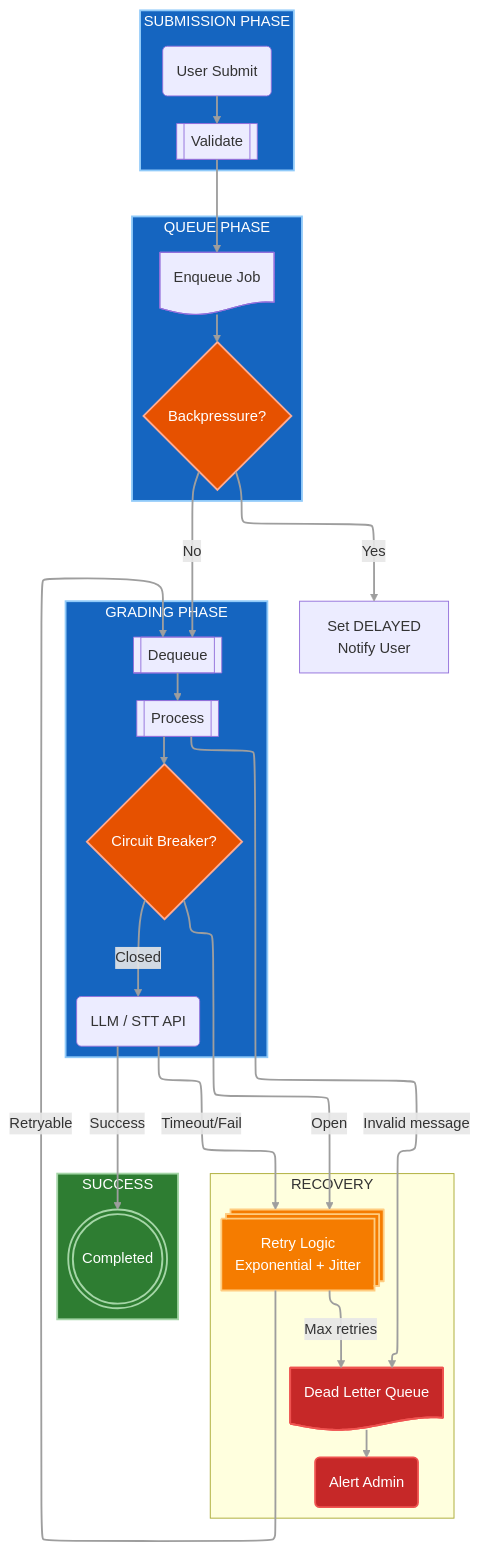
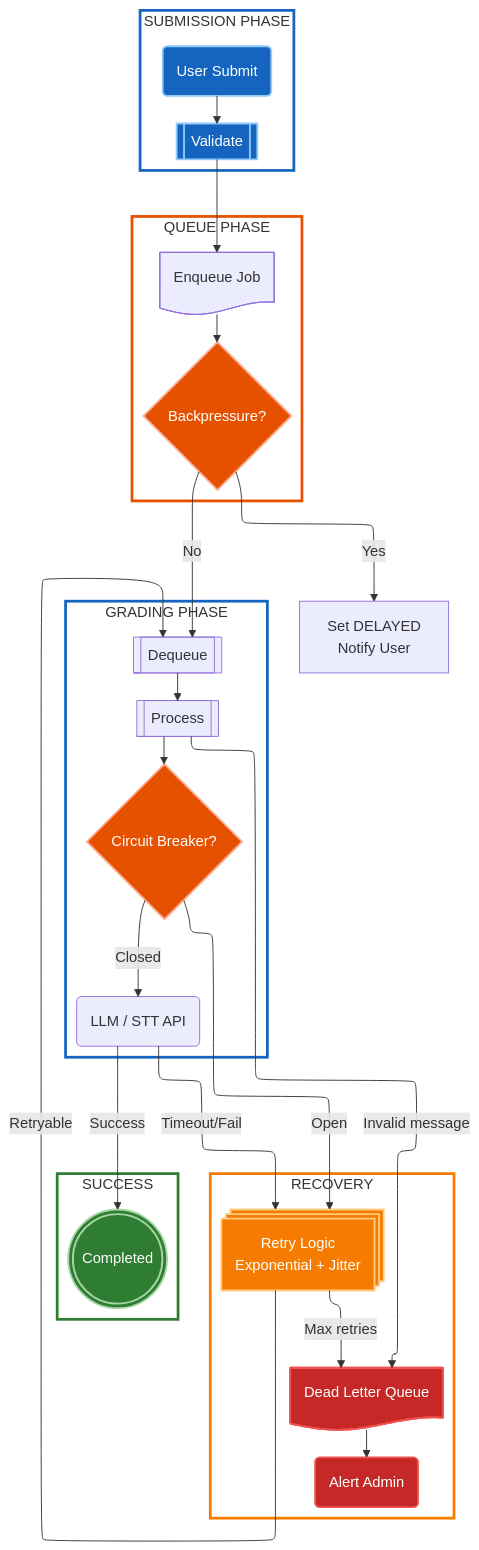
One commit to nghyane/VSTEP changed the third of 12 diagrams in docs/capstone/diagrams/flow-diagrams.vi.md. Above: the diagram before and after it, drawn with Mermaid. The commit also changed other lines of this file, not shown here.

First line of the commit message:
fix(docs): remove unsupported linkStyle syntax causing parse errors

````diff
--- a/docs/capstone/diagrams/flow-diagrams.vi.md
+++ b/docs/capstone/diagrams/flow-diagrams.vi.md
@@ -144,63 +162,74 @@
 ```mermaid
 ---
 config:
   layout: elk
 ---
 flowchart TB
     subgraph Submission["SUBMISSION PHASE"]
         Submit@{ shape: rounded, label: "User Submit" }
         Validate@{ shape: fr-rect, label: "Validate" }
     end
 
     subgraph QueuePhase["QUEUE PHASE"]
         Enqueue@{ shape: doc, label: "Enqueue Job" }
         Backpressure@{ shape: diam, label: "Backpressure?" }
     end
 
     subgraph Processing["GRADING PHASE"]
         Dequeue@{ shape: fr-rect, label: "Dequeue" }
         Process@{ shape: fr-rect, label: "Process" }
         Circuit@{ shape: diam, label: "Circuit Breaker?" }
         External@{ shape: rounded, label: "LLM / STT API" }
     end
 
     subgraph Recovery["RECOVERY"]
         Retry@{ shape: st-rect, label: "Retry Logic<br/>Exponential + Jitter" }
         DLQ@{ shape: doc, label: "Dead Letter Queue" }
         Alert@{ shape: rounded, label: "Alert Admin" }
     end
 
     subgraph Success["SUCCESS"]
         Complete@{ shape: dbl-circ, label: "Completed" }
     end
 
     Submit --> Validate --> Enqueue --> Backpressure
     Backpressure -->|"No"| Dequeue
     Backpressure -->|"Yes"| Delayed["Set DELAYED<br/>Notify User"]
     
     Dequeue --> Process --> Circuit
     Circuit -->|"Closed"| External
     Circuit -->|"Open"| Retry
     
     External -->|"Success"| Complete
     External -->|"Timeout/Fail"| Retry
     
     Retry -->|"Retryable"| Dequeue
     Retry -->|"Max retries"| DLQ --> Alert
     
     Process -->|"Invalid message"| DLQ
 
     classDef normal fill:#1565c0,stroke:#90caf9,stroke-width:2px,color:#fff
     classDef decision fill:#e65100,stroke:#ffab91,stroke-width:2px,color:#fff
     classDef warning fill:#f57c00,stroke:#ffcc80,stroke-width:2px,color:#fff
     classDef error fill:#c62828,stroke:#ef5350,stroke-width:2px,color:#fff
     classDef success fill:#2e7d32,stroke:#a5d6a7,stroke-width:2px,color:#fff
 
-    class Submission,QueuePhase,Processing normal
+    classDef normalBox fill:none,stroke:#1565c0,stroke-width:3px
+    classDef decisionBox fill:none,stroke:#e65100,stroke-width:3px
+    classDef warningBox fill:none,stroke:#f57c00,stroke-width:3px
+    classDef errorBox fill:none,stroke:#c62828,stroke-width:3px
+    classDef successBox fill:none,stroke:#2e7d32,stroke-width:3px
+
+    class Submission normalBox
+    class QueuePhase decisionBox
+    class Processing normalBox
+    class Recovery warningBox
+    class Success successBox
+
+    class Submit,Validate normal
     class Backpressure,Circuit decision
     class Retry warning
     class DLQ,Alert error
-    class Success,Complete success
+    class Complete success
 
-    linkStyle default stroke:#9e9e9e,stroke-width:2px
 ```
````
